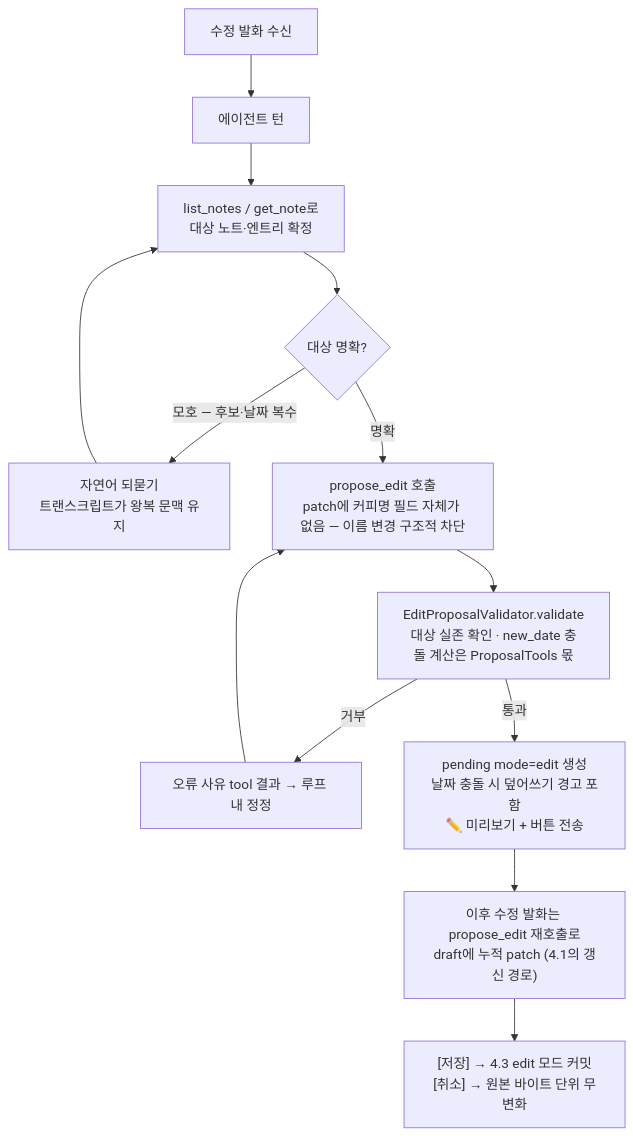
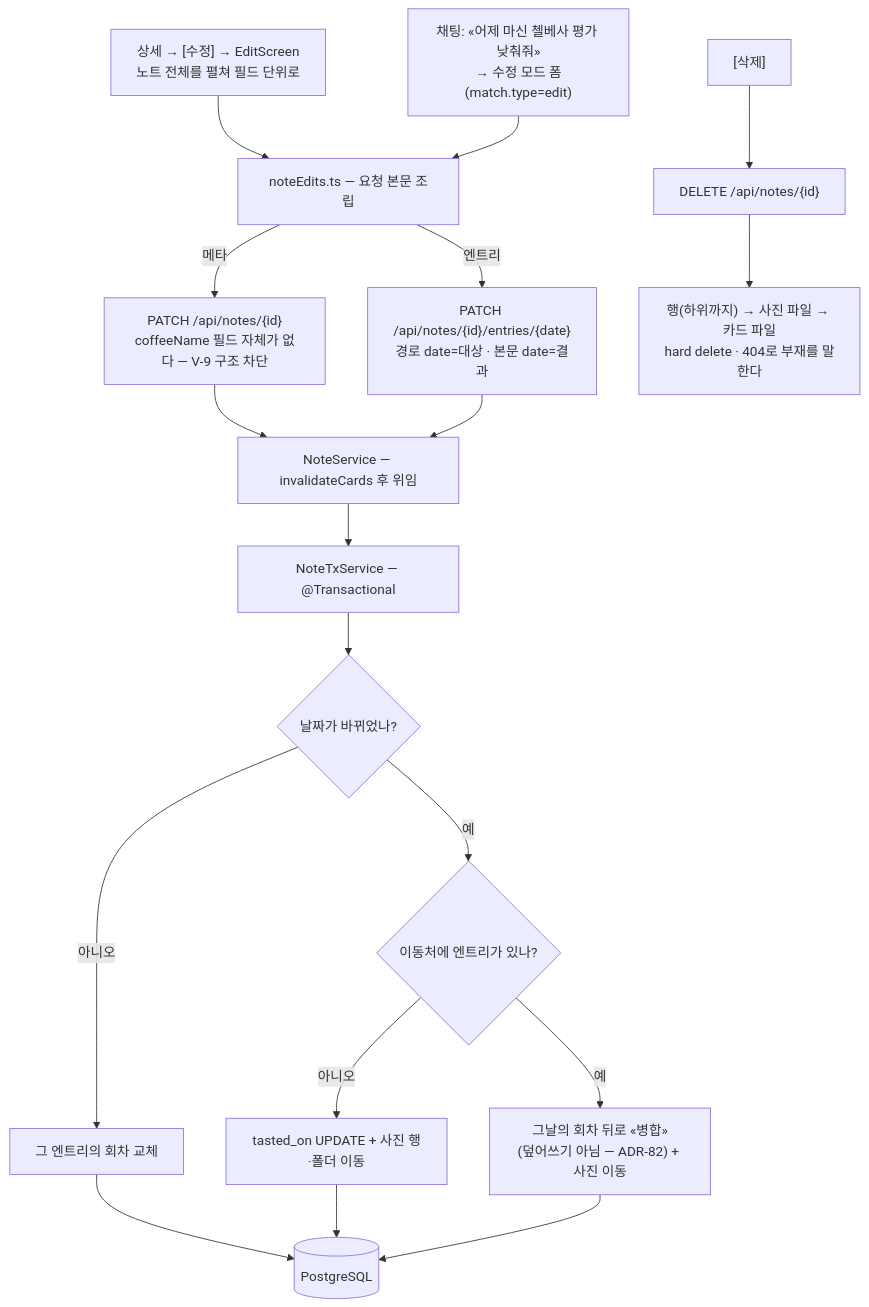
Before and after one commit to devwuu/mocha: the sixth of 9 diagrams in docs/architecture-classes-and-flows.md, drawn with Mermaid. The commit also changed other lines of this file and 1 other file, not shown here.

````diff
--- a/docs/architecture-classes-and-flows.md
+++ b/docs/architecture-classes-and-flows.md
@@ -490,13 +510,22 @@
 ```mermaid
 flowchart TB
-    A[수정 발화 수신] --> B[에이전트 턴]
-    B --> C[list_notes / get_note로<br/>대상 노트·엔트리 확정]
-    C --> D{대상 명확?}
-    D -->|모호 — 후보·날짜 복수| E[자연어 되묻기<br/>트랜스크립트가 왕복 문맥 유지] --> C
-    D -->|명확| F[propose_edit 호출<br/>patch에 커피명 필드 자체가 없음 — 이름 변경 구조적 차단]
-    F --> G[EditProposalValidator.validate<br/>대상 실존 확인 · new_date 충돌 계산은 ProposalTools 몫]
-    G -->|거부| H[오류 사유 tool 결과 → 루프 내 정정] --> F
-    G -->|통과| I[pending mode=edit 생성<br/>날짜 충돌 시 덮어쓰기 경고 포함<br/>✏️ 미리보기 + 버튼 전송]
-    I --> J["이후 수정 발화는 propose_edit 재호출로<br/>draft에 누적 patch (4.1의 갱신 경로)"]
-    J --> K["[저장] → 4.3 edit 모드 커밋<br/>[취소] → 원본 바이트 단위 무변화"]
+    A1["상세 → [수정] → EditScreen<br/>노트 전체를 펼쳐 필드 단위로"] --> M
+    A2["채팅: «어제 마신 첼베사 평가 낮춰줘»<br/>→ 수정 모드 폼(match.type=edit)"] --> M
+    M[noteEdits.ts — 요청 본문 조립]
+    M -->|메타| P1["PATCH /api/notes/{id}<br/>coffeeName 필드 자체가 없다 — V-9 구조 차단"]
+    M -->|엔트리| P2["PATCH /api/notes/{id}/entries/{date}<br/>경로 date=대상 · 본문 date=결과"]
+    P1 --> S[NoteService — invalidateCards 후 위임]
+    P2 --> S
+    S --> T[NoteTxService — @Transactional]
+    T --> U{날짜가 바뀌었나?}
+    U -->|아니오| V[그 엔트리의 회차 교체]
+    U -->|예| W{이동처에 엔트리가 있나?}
+    W -->|아니오| X[tasted_on UPDATE + 사진 행·폴더 이동]
+    W -->|예| Y["그날의 회차 뒤로 «병합»<br/>(덮어쓰기 아님 — ADR-82) + 사진 이동"]
+    V --> Z[(PostgreSQL)]
+    X --> Z
+    Y --> Z
+
+    D1["[삭제]"] --> D2["DELETE /api/notes/{id}"]
+    D2 --> D3["행(하위까지) → 사진 파일 → 카드 파일<br/>hard delete · 404로 부재를 말한다"]
 ```
````
